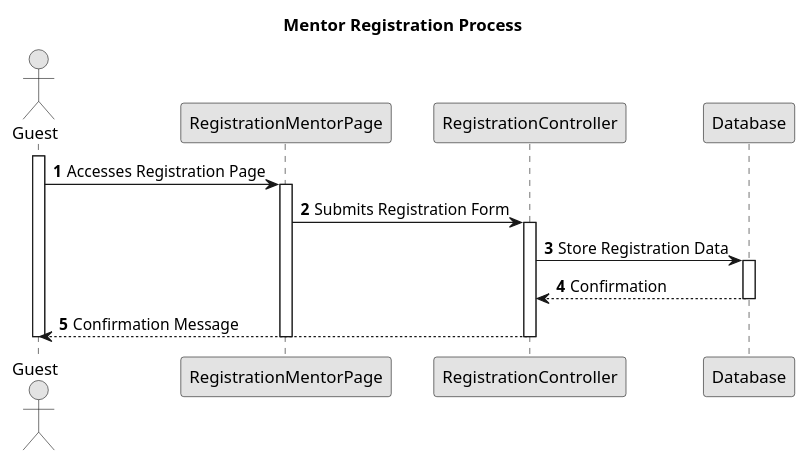
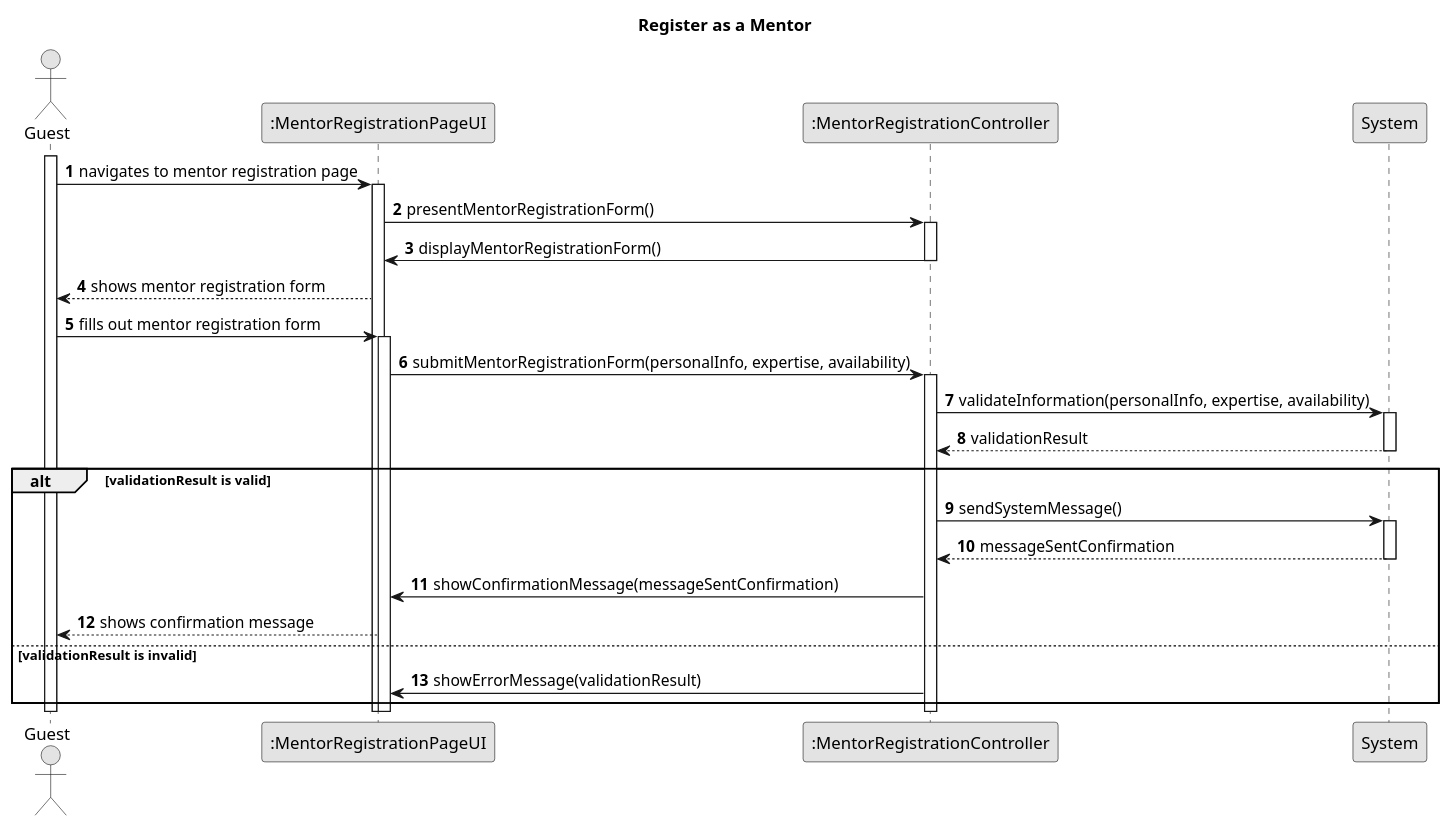
Before and after one commit to kanzodotjava/RefugeeLINK: the diagram in Doc/use-Cases/uc011/systemDiagram/sequenceDiagram011.puml, drawn with PlantUML. The commit also changed 25 other files, not shown here.

Commit message:
updates diagrams and a refugee controller

```diff
--- a/Doc/use-Cases/uc011/systemDiagram/sequenceDiagram011.puml
+++ b/Doc/use-Cases/uc011/systemDiagram/sequenceDiagram011.puml
@@ -1,34 +1,48 @@
 @startuml
 skinparam monochrome true
 skinparam packageStyle rectangle
 skinparam shadowing false
 
-title Mentor Registration Process
+title Register as a Mentor
 
 autonumber
 
 actor Guest
-participant "RegistrationMentorPage" as MentorPage
-participant "RegistrationController" as RegCtrl
-participant Database
+participant ":MentorRegistrationPageUI" as ui
+participant ":MentorRegistrationController" as ctrl
+participant "System" as system
 
 activate Guest
 
-Guest -> MentorPage : Accesses Registration Page
-activate MentorPage
-
-MentorPage -> RegCtrl : Submits Registration Form
-activate RegCtrl
-
-RegCtrl -> Database : Store Registration Data
-activate Database
-Database --> RegCtrl : Confirmation
-deactivate Database
-
-RegCtrl --> Guest : Confirmation Message
-deactivate RegCtrl
-deactivate MentorPage
+    Guest -> ui : navigates to mentor registration page
+    activate ui
+        ui -> ctrl : presentMentorRegistrationForm()
+        activate ctrl
+            ctrl -> ui : displayMentorRegistrationForm()
+            deactivate ctrl
+        ui --> Guest : shows mentor registration form
+        Guest -> ui : fills out mentor registration form
+        activate ui
+            ui -> ctrl : submitMentorRegistrationForm(personalInfo, expertise, availability)
+            activate ctrl
+                ctrl -> system : validateInformation(personalInfo, expertise, availability)
+                activate system
+                    system --> ctrl : validationResult
+                deactivate system
+                alt validationResult is valid
+                    ctrl -> system : sendSystemMessage()
+                    activate system
+                        system --> ctrl : messageSentConfirmation
+                    deactivate system
+                    ctrl -> ui : showConfirmationMessage(messageSentConfirmation)
+                    ui --> Guest : shows confirmation message
+                else validationResult is invalid
+                    ctrl -> ui : showErrorMessage(validationResult)
+                end
+            deactivate ctrl
+        deactivate ui
+    deactivate ui
 
 deactivate Guest
 
 @enduml
```
